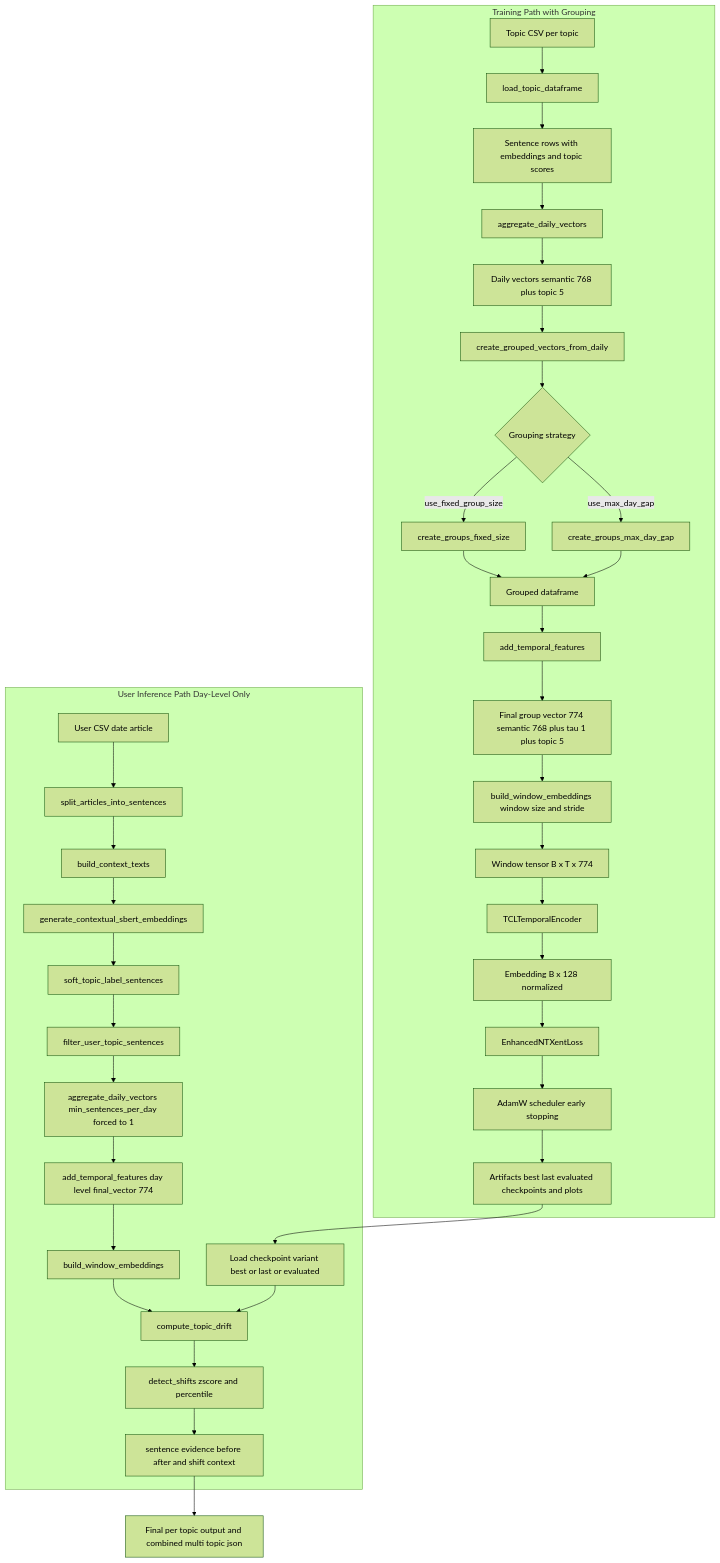
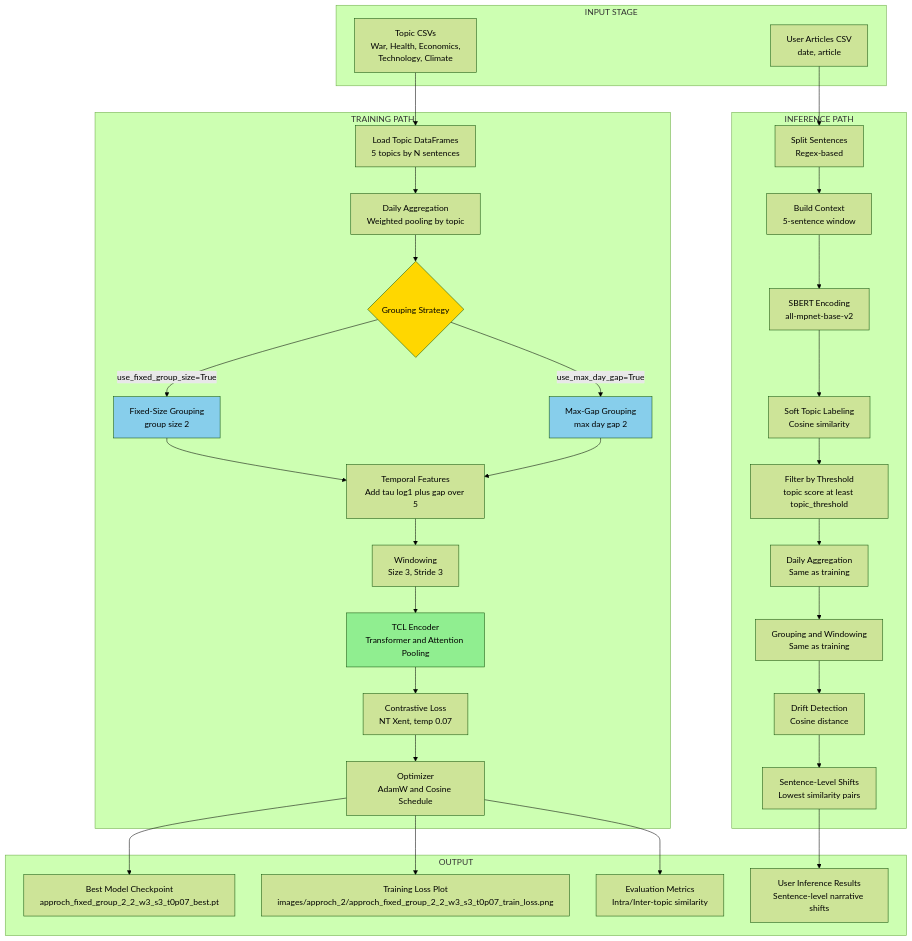
One commit to meet6868/Narrative-Shift-Detection changed the first of 7 diagrams in TCL/docs/approach_2.md. Above: the diagram before and after it, drawn with Mermaid (forest theme). The commit also changed other lines of this file and 59 other files, not shown here.

Commit message:
All Md sync with code also added flowchart in each md

````diff
--- a/TCL/docs/approach_2.md
+++ b/TCL/docs/approach_2.md
@@ -123,42 +61,64 @@
 ```mermaid
-flowchart TD
-	subgraph T[Training Path with Grouping]
-		A[Topic CSV per topic] --> B[load_topic_dataframe]
-		B --> C[Sentence rows with embeddings and topic scores]
-		C --> D[aggregate_daily_vectors]
-		D --> E[Daily vectors semantic 768 plus topic 5]
-		E --> F[create_grouped_vectors_from_daily]
-		F --> F1{Grouping strategy}
-		F1 -->|use_fixed_group_size| G[create_groups_fixed_size]
-		F1 -->|use_max_day_gap| H[create_groups_max_day_gap]
-		G --> I[Grouped dataframe]
-		H --> I
-		I --> J[add_temporal_features]
-		J --> K[Final group vector 774 semantic 768 plus tau 1 plus topic 5]
-		K --> L[build_window_embeddings window size and stride]
-		L --> M[Window tensor B x T x 774]
-		M --> N[TCLTemporalEncoder]
-		N --> O[Embedding B x 128 normalized]
-		O --> P[EnhancedNTXentLoss]
-		P --> Q[AdamW scheduler early stopping]
-		Q --> R[Artifacts best last evaluated checkpoints and plots]
-	end
-
-	subgraph U[User Inference Path Day-Level Only]
-		U0[User CSV date article] --> U1[split_articles_into_sentences]
-		U1 --> U2[build_context_texts]
-		U2 --> U3[generate_contextual_sbert_embeddings]
-		U3 --> U4[soft_topic_label_sentences]
-		U4 --> U5[filter_user_topic_sentences]
-		U5 --> U6[aggregate_daily_vectors min_sentences_per_day forced to 1]
-		U6 --> U7[add_temporal_features day level final_vector 774]
-		U7 --> U8[build_window_embeddings]
-		R --> U9[Load checkpoint variant best or last or evaluated]
-		U8 --> U10[compute_topic_drift]
-		U9 --> U10
-		U10 --> U11[detect_shifts zscore and percentile]
-		U11 --> U12[sentence evidence before after and shift context]
-	end
-
-	U12 --> Z[Final per topic output and combined multi topic json]
+graph TB
+    subgraph Input[INPUT STAGE]
+        A1[Topic CSVs<br/>War, Health, Economics,<br/>Technology, Climate]
+        A2[User Articles CSV<br/>date, article]
+    end
+    subgraph Training[TRAINING PATH]
+        B1[Load Topic DataFrames<br/>5 topics by N sentences]
+        B2[Daily Aggregation<br/>Weighted pooling by topic]
+        B3{Grouping Strategy}
+        B4[Fixed-Size Grouping<br/>group size 2]
+        B5[Max-Gap Grouping<br/>max day gap 2]
+        B6[Temporal Features<br/>Add tau log1 plus gap over 5]
+        B7[Windowing<br/>Size 3, Stride 3]
+        B8[TCL Encoder<br/>Transformer and Attention Pooling]
+        B9[Contrastive Loss<br/>NT Xent, temp 0.07]
+        B10[Optimizer<br/>AdamW and Cosine Schedule]
+            B1 --> B2
+            B2 --> B3
+        B3 -->|use_fixed_group_size=True| B4
+        B3 -->|use_max_day_gap=True| B5
+            B4 --> B6
+            B5 --> B6
+            B6 --> B7
+            B7 --> B8
+            B8 --> B9
+            B9 --> B10
+    end
+    subgraph Inference[INFERENCE PATH]
+        C1[Split Sentences<br/>Regex-based]
+        C2[Build Context<br/>5-sentence window]
+        C3[SBERT Encoding<br/>all-mpnet-base-v2]
+        C4[Soft Topic Labeling<br/>Cosine similarity]
+        C5[Filter by Threshold<br/>topic score at least topic_threshold]
+        C6[Daily Aggregation<br/>Same as training]
+        C7[Grouping and Windowing<br/>Same as training]
+        C8[Drift Detection<br/>Cosine distance]
+        C9[Sentence-Level Shifts<br/>Lowest similarity pairs]
+            C1 --> C2
+            C2 --> C3
+            C3 --> C4
+            C4 --> C5
+            C5 --> C6
+            C6 --> C7
+            C7 --> C8
+            C8 --> C9
+    end
+    subgraph Output[OUTPUT]
+        D1[Best Model Checkpoint<br/>approch_fixed_group_2_2_w3_s3_t0p07_best.pt]
+        D2[Training Loss Plot<br/>images/approch_2/approch_fixed_group_2_2_w3_s3_t0p07_train_loss.png]
+        D3[Evaluation Metrics<br/>Intra/Inter-topic similarity]
+        D4[User Inference Results<br/>Sentence-level narrative shifts]
+    end
+        A1 --> B1
+        A2 --> C1
+        B10 --> D1
+        B10 --> D2
+        B10 --> D3
+        C9 --> D4
+    style B3 fill:#FFD700
+    style B4 fill:#87CEEB
+    style B5 fill:#87CEEB
+    style B8 fill:#90EE90
 ```
````
